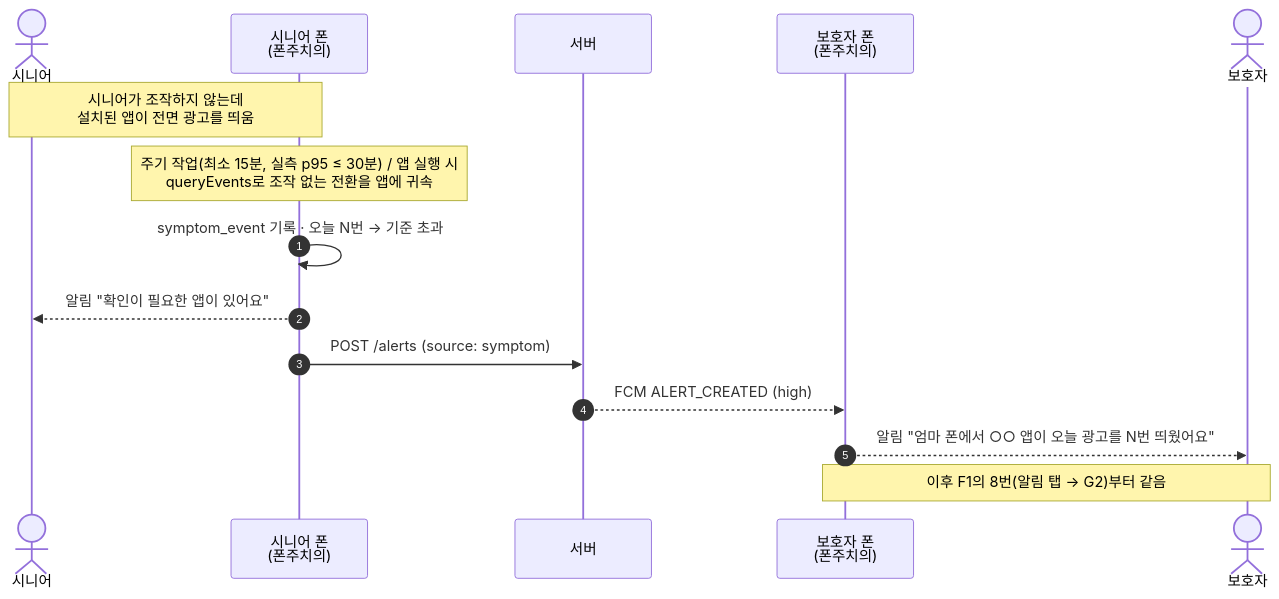
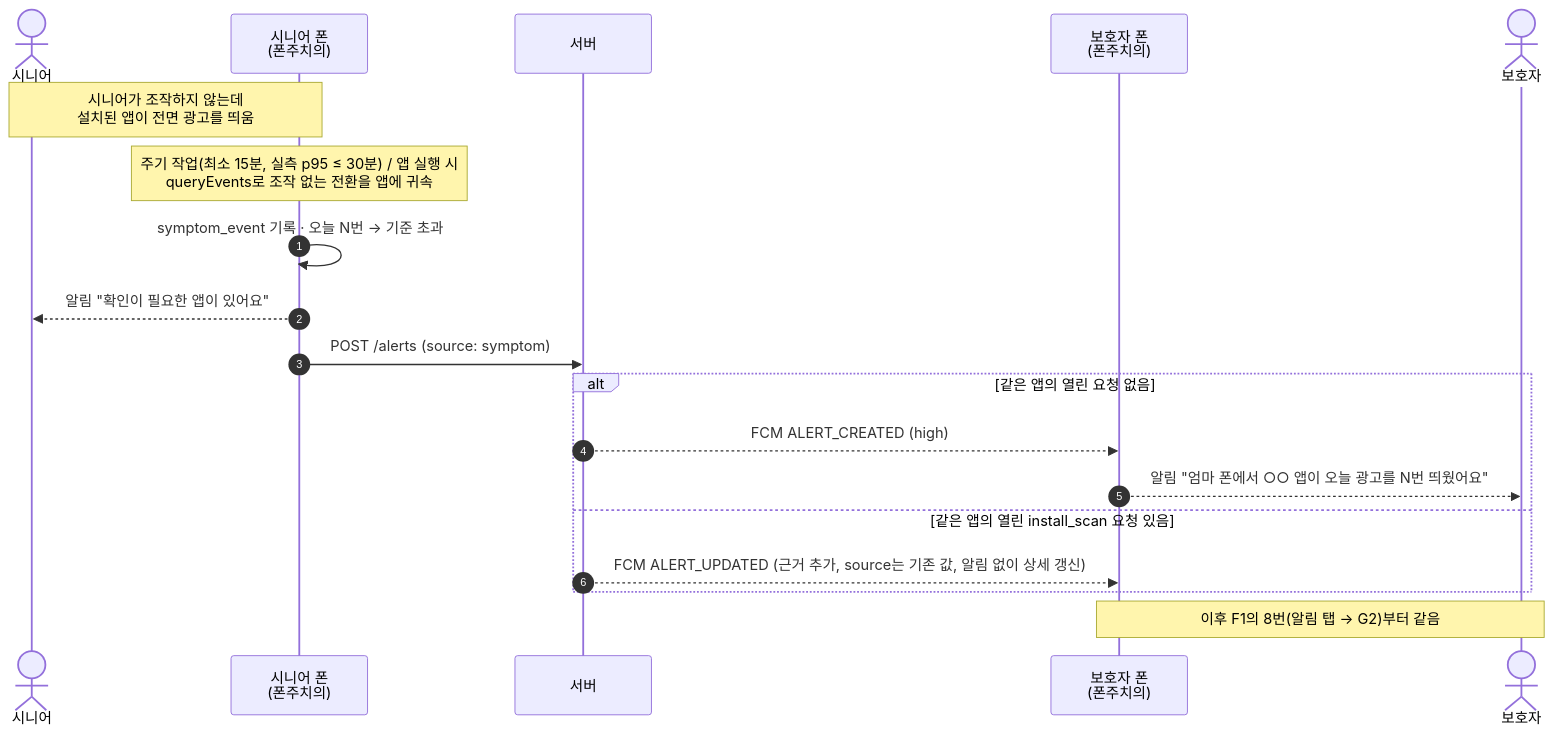
One commit to inq-o/phonedoctor changed the first of 5 diagrams in specs/001-mvp/ux-flows.md. Above: the diagram before and after it, drawn with Mermaid. The commit also changed other lines of this file and 5 other files, not shown here.

````diff
--- a/specs/001-mvp/ux-flows.md
+++ b/specs/001-mvp/ux-flows.md
@@ -61,18 +61,22 @@
 ```mermaid
 sequenceDiagram
     autonumber
     actor 시니어
     participant SP as 시니어 폰<br/>(폰주치의)
     participant API as 서버
     participant GP as 보호자 폰<br/>(폰주치의)
     actor 보호자
 
     Note over 시니어,SP: 시니어가 조작하지 않는데<br/>설치된 앱이 전면 광고를 띄움
     Note over SP: 주기 작업(최소 15분, 실측 p95 ≤ 30분) / 앱 실행 시<br/>queryEvents로 조작 없는 전환을 앱에 귀속
     SP->>SP: symptom_event 기록 · 오늘 N번 → 기준 초과
     SP-->>시니어: 알림 "확인이 필요한 앱이 있어요"
     SP->>API: POST /alerts (source: symptom)
-    API-->>GP: FCM ALERT_CREATED (high)
-    GP-->>보호자: 알림 "엄마 폰에서 ○○ 앱이 오늘 광고를 N번 띄웠어요"
+    alt 같은 앱의 열린 요청 없음
+        API-->>GP: FCM ALERT_CREATED (high)
+        GP-->>보호자: 알림 "엄마 폰에서 ○○ 앱이 오늘 광고를 N번 띄웠어요"
+    else 같은 앱의 열린 install_scan 요청 있음
+        API-->>GP: FCM ALERT_UPDATED (근거 추가, source는 기존 값, 알림 없이 상세 갱신)
+    end
     Note over 보호자,GP: 이후 F1의 8번(알림 탭 → G2)부터 같음
 ```
````
